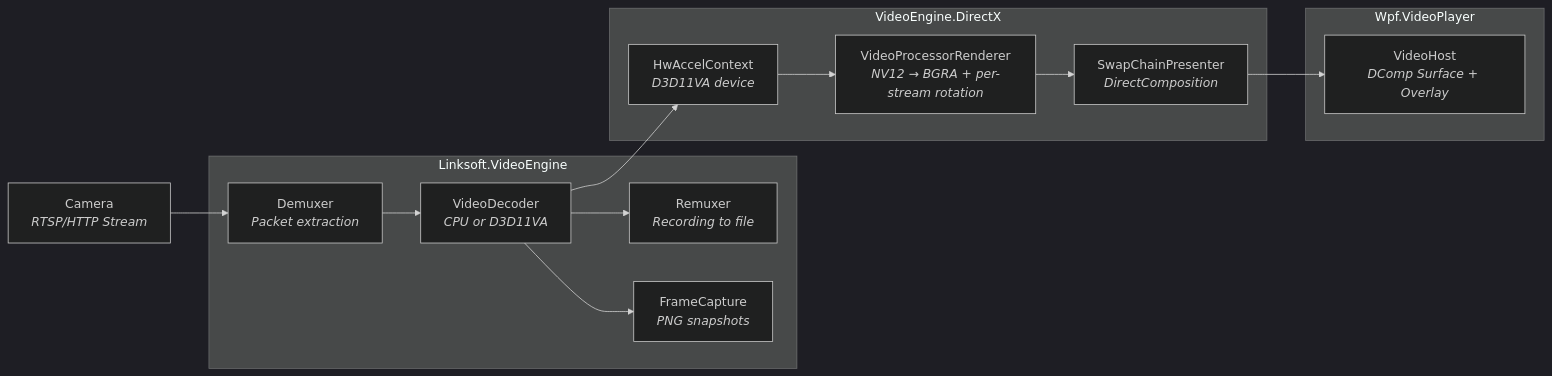
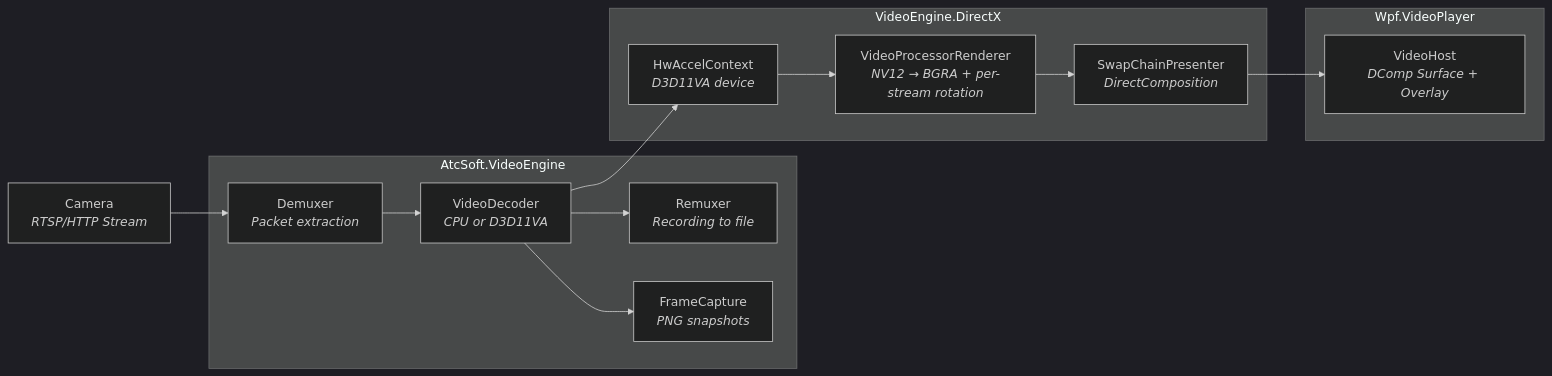
One commit to davidkallesen/AtcSoft.VideoSurveillance changed the fourth of 8 diagrams in docs/architecture.md. Above: the diagram before and after it, drawn with Mermaid (dark theme). The commit also changed other lines of this file and 581 other files, not shown here.

First line of the commit message:
feat: rename product and namespaces from Linksoft to AtcSoft

````diff
--- a/docs/architecture.md
+++ b/docs/architecture.md
@@ -129,30 +129,30 @@
 ```mermaid
 graph LR
     Camera["Camera<br/><i>RTSP/HTTP Stream</i>"]
 
-    subgraph VideoEngine["Linksoft.VideoEngine"]
+    subgraph VideoEngine["AtcSoft.VideoEngine"]
         Demuxer["Demuxer<br/><i>Packet extraction</i>"]
         Decoder["VideoDecoder<br/><i>CPU or D3D11VA</i>"]
         Remuxer["Remuxer<br/><i>Recording to file</i>"]
         Capture["FrameCapture<br/><i>PNG snapshots</i>"]
     end
 
     subgraph DirectX["VideoEngine.DirectX"]
         HwAccel["HwAccelContext<br/><i>D3D11VA device</i>"]
         VPR["VideoProcessorRenderer<br/><i>NV12 → BGRA + per-stream rotation</i>"]
         SCP["SwapChainPresenter<br/><i>DirectComposition</i>"]
     end
 
     subgraph WPF["Wpf.VideoPlayer"]
         VideoHost["VideoHost<br/><i>DComp Surface + Overlay</i>"]
     end
 
     Camera --> Demuxer
     Demuxer --> Decoder
     Decoder --> Remuxer
     Decoder --> Capture
     Decoder --> HwAccel
     HwAccel --> VPR
     VPR --> SCP
     SCP --> VideoHost
 ```
````
